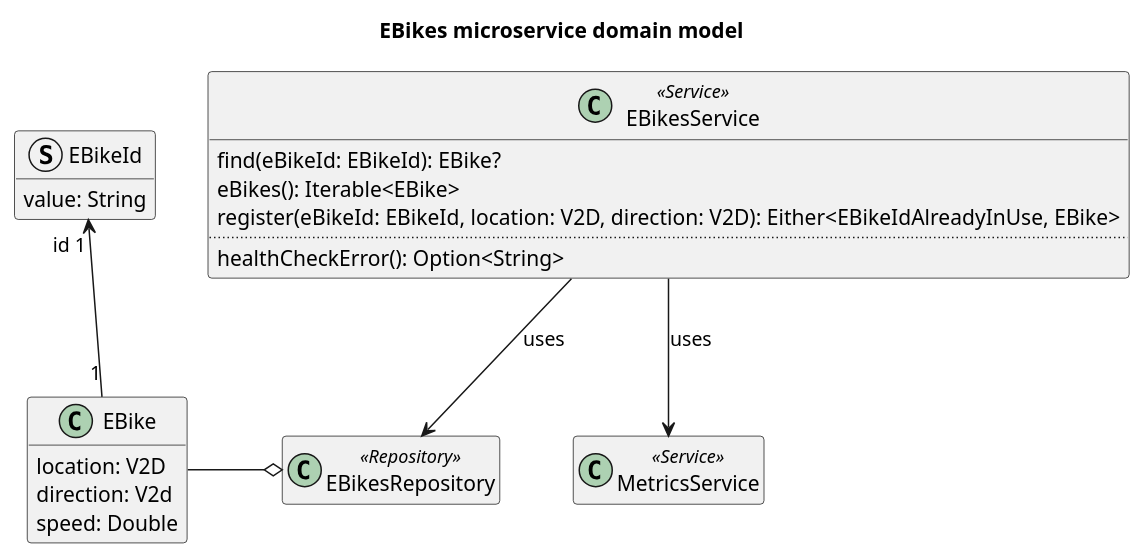
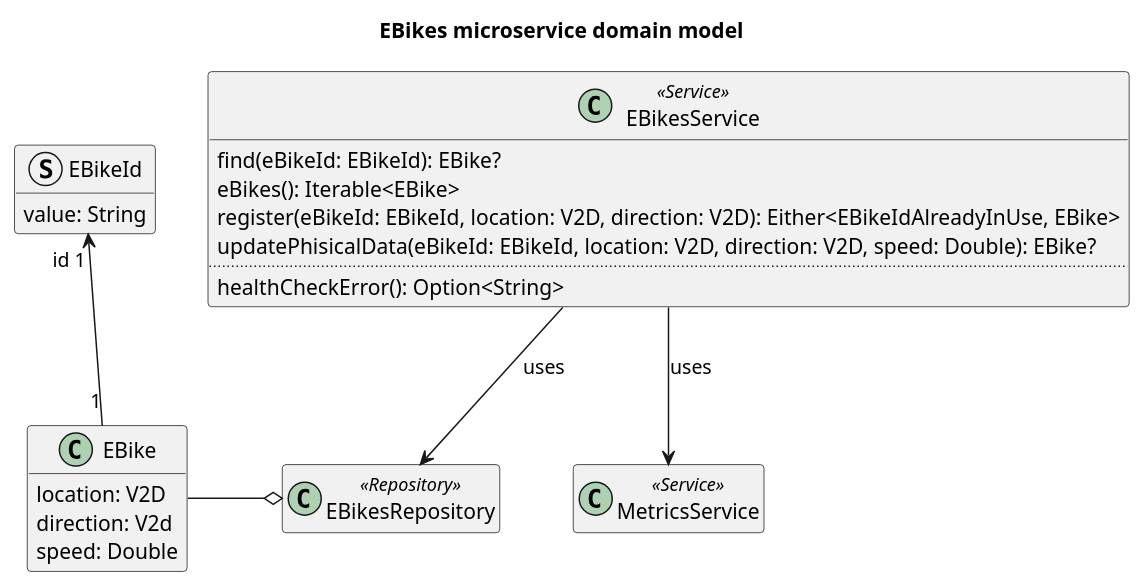
The diagram in doc/diagrams/src/ebikes-microservice-domain-model.puml (Ventus218/SAP-assignment-02), drawn with PlantUML before and after one commit. The commit also changed 8 other files, not shown here.

```diff
--- a/doc/diagrams/src/ebikes-microservice-domain-model.puml
+++ b/doc/diagrams/src/ebikes-microservice-domain-model.puml
@@ -1,33 +1,34 @@
 @startuml ebikes-microservice-domain-model
 
 title EBikes microservice domain model
 
 class EBike {
     location: V2D
     direction: V2d
     speed: Double
 }
 struct EBikeId {
     value: String
 }
 EBike "1" -u-> "id 1" EBikeId
 
-class EBikesRepository <<Repository>> 
+class EBikesRepository <<Repository>>
 EBikesRepository o-l- EBike
 
 class EBikesService <<Service>> {
     find(eBikeId: EBikeId): EBike?
     eBikes(): Iterable<EBike>
     register(eBikeId: EBikeId, location: V2D, direction: V2D): Either<EBikeIdAlreadyInUse, EBike>
+    updatePhisicalData(eBikeId: EBikeId, location: V2D, direction: V2D, speed: Double): EBike?
     ..
     healthCheckError(): Option<String>
 }
 
 EBikesService --> EBikesRepository : "uses"
 
 class MetricsService <<Service>>
 EBikesService --> MetricsService : "uses"
 
 hide empty members
 
 @enduml
```
